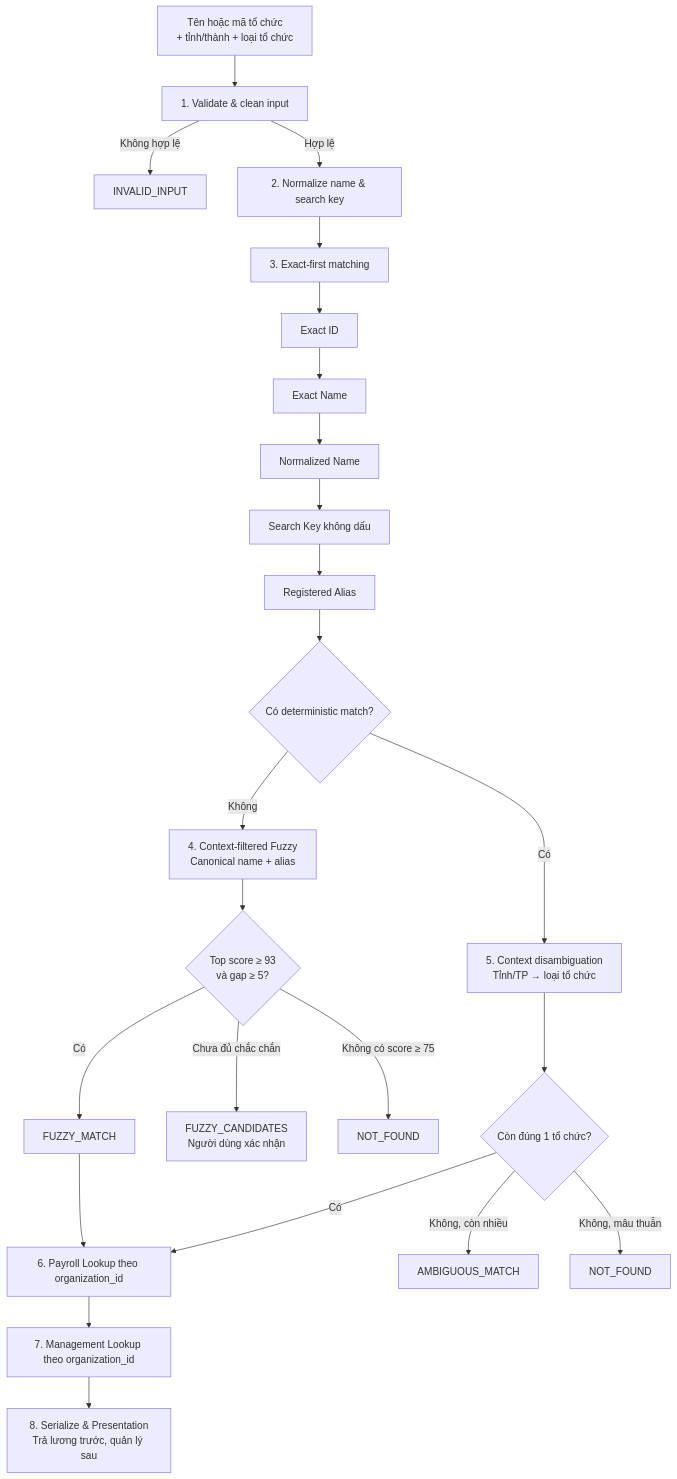
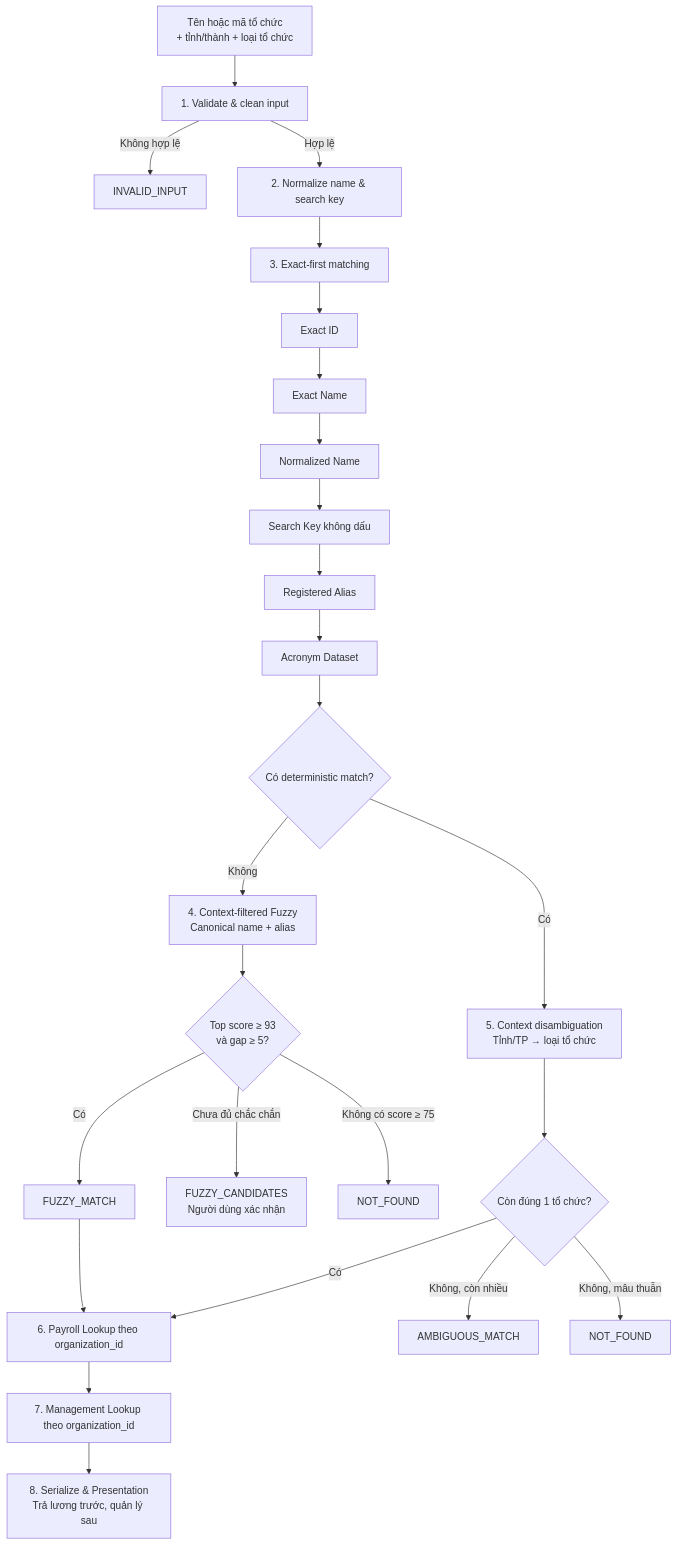
Before and after one commit to zudoan/bca-bqp-unit-classifie: the diagram in README.md, drawn with Mermaid. The commit also changed other lines of this file and 22 other files, not shown here.

````diff
--- a/README.md
+++ b/README.md
@@ -32,29 +32,30 @@
 ```mermaid
 flowchart TD
     A["Tên hoặc mã tổ chức<br/>+ tỉnh/thành + loại tổ chức"] --> B["1. Validate & clean input"]
     B -- "Không hợp lệ" --> X["INVALID_INPUT"]
     B -- "Hợp lệ" --> C["2. Normalize name & search key"]
 
     C --> D["3. Exact-first matching"]
     D --> D1["Exact ID"]
     D1 --> D2["Exact Name"]
     D2 --> D3["Normalized Name"]
     D3 --> D4["Search Key không dấu"]
     D4 --> D5["Registered Alias"]
+    D5 --> D6["Acronym Dataset"]
 
-    D5 --> E{"Có deterministic match?"}
+    D6 --> E{"Có deterministic match?"}
     E -- "Không" --> F["4. Context-filtered Fuzzy<br/>Canonical name + alias"]
     F --> F1{"Top score ≥ 93<br/>và gap ≥ 5?"}
     F1 -- "Có" --> G["FUZZY_MATCH"]
     F1 -- "Chưa đủ chắc chắn" --> Y["FUZZY_CANDIDATES<br/>Người dùng xác nhận"]
     F1 -- "Không có score ≥ 75" --> Z["NOT_FOUND"]
 
     E -- "Có" --> H["5. Context disambiguation<br/>Tỉnh/TP → loại tổ chức"]
     G --> L
     H --> I{"Còn đúng 1 tổ chức?"}
     I -- "Không, còn nhiều" --> J["AMBIGUOUS_MATCH"]
     I -- "Không, mâu thuẫn" --> K["NOT_FOUND"]
     I -- "Có" --> L["6. Payroll Lookup theo organization_id"]
     L --> M["7. Management Lookup theo organization_id"]
     M --> N["8. Serialize & Presentation<br/>Trả lương trước, quản lý sau"]
 ```
````
